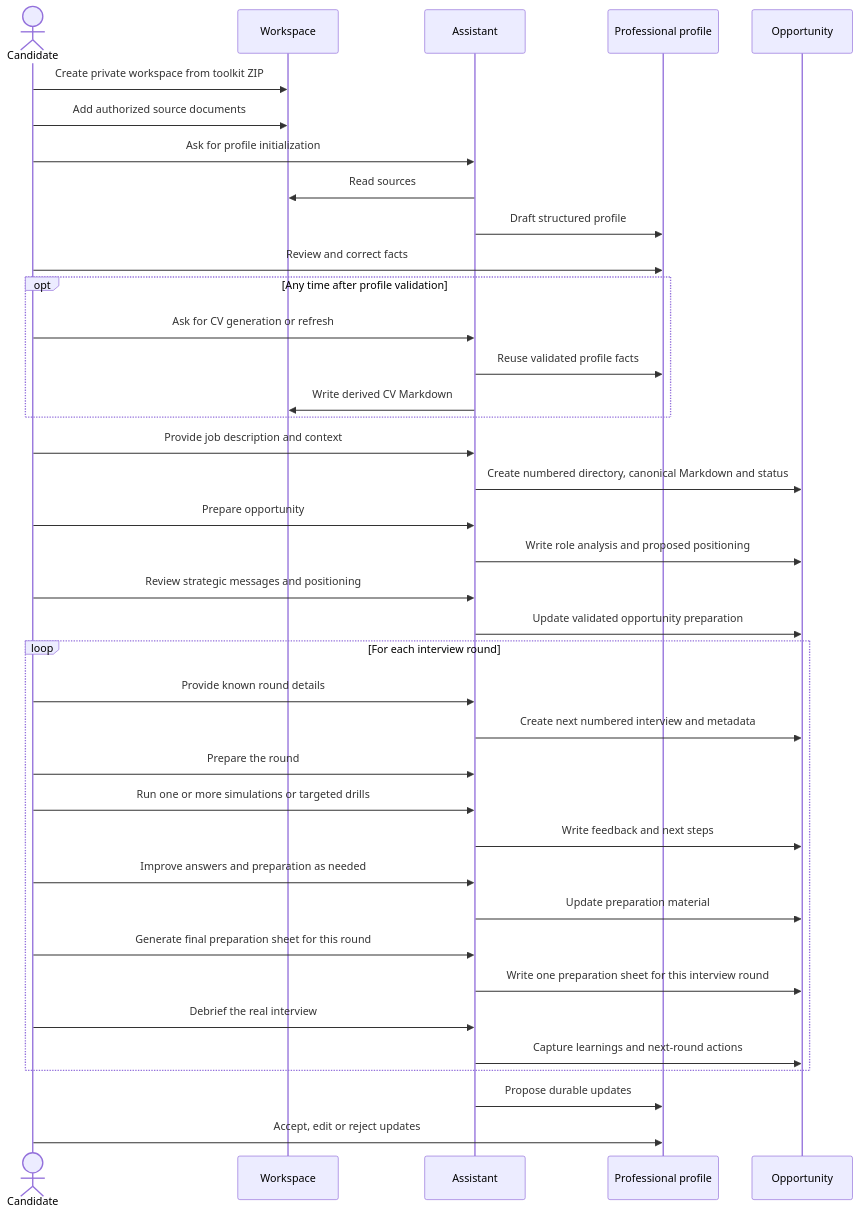
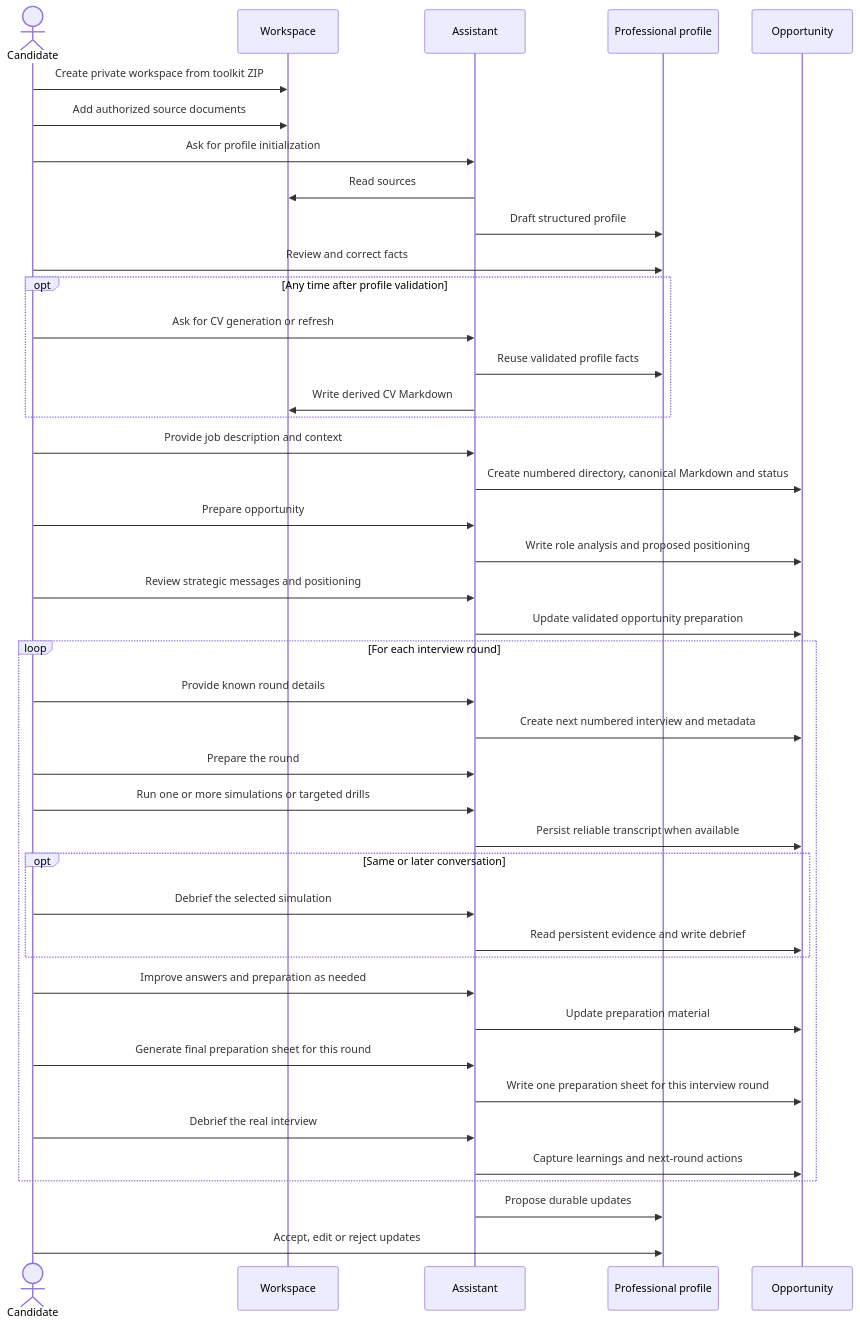
The second of 2 diagrams in docs/document-lifecycle.md (JeromeJ77/career-ai-toolkit), drawn with Mermaid before and after one commit. The commit also changed 19 other files, not shown here.

Commit message:
feat(workspace): add canonical design and independent simulation debrief

````diff
--- a/docs/document-lifecycle.md
+++ b/docs/document-lifecycle.md
@@ -45,41 +45,45 @@
 ```mermaid
 sequenceDiagram
     actor Candidate
     participant Workspace
     participant Assistant
     participant Profile as Professional profile
     participant Opportunity
 
     Candidate->>Workspace: Create private workspace from toolkit ZIP
     Candidate->>Workspace: Add authorized source documents
     Candidate->>Assistant: Ask for profile initialization
     Assistant->>Workspace: Read sources
     Assistant->>Profile: Draft structured profile
     Candidate->>Profile: Review and correct facts
     opt Any time after profile validation
         Candidate->>Assistant: Ask for CV generation or refresh
         Assistant->>Profile: Reuse validated profile facts
         Assistant->>Workspace: Write derived CV Markdown
     end
     Candidate->>Assistant: Provide job description and context
     Assistant->>Opportunity: Create numbered directory, canonical Markdown and status
     Candidate->>Assistant: Prepare opportunity
     Assistant->>Opportunity: Write role analysis and proposed positioning
     Candidate->>Assistant: Review strategic messages and positioning
     Assistant->>Opportunity: Update validated opportunity preparation
     loop For each interview round
         Candidate->>Assistant: Provide known round details
         Assistant->>Opportunity: Create next numbered interview and metadata
         Candidate->>Assistant: Prepare the round
         Candidate->>Assistant: Run one or more simulations or targeted drills
-        Assistant->>Opportunity: Write feedback and next steps
+        Assistant->>Opportunity: Persist reliable transcript when available
+        opt Same or later conversation
+            Candidate->>Assistant: Debrief the selected simulation
+            Assistant->>Opportunity: Read persistent evidence and write debrief
+        end
         Candidate->>Assistant: Improve answers and preparation as needed
         Assistant->>Opportunity: Update preparation material
         Candidate->>Assistant: Generate final preparation sheet for this round
         Assistant->>Opportunity: Write one preparation sheet for this interview round
         Candidate->>Assistant: Debrief the real interview
         Assistant->>Opportunity: Capture learnings and next-round actions
     end
     Assistant->>Profile: Propose durable updates
     Candidate->>Profile: Accept, edit or reject updates
 ```
````
